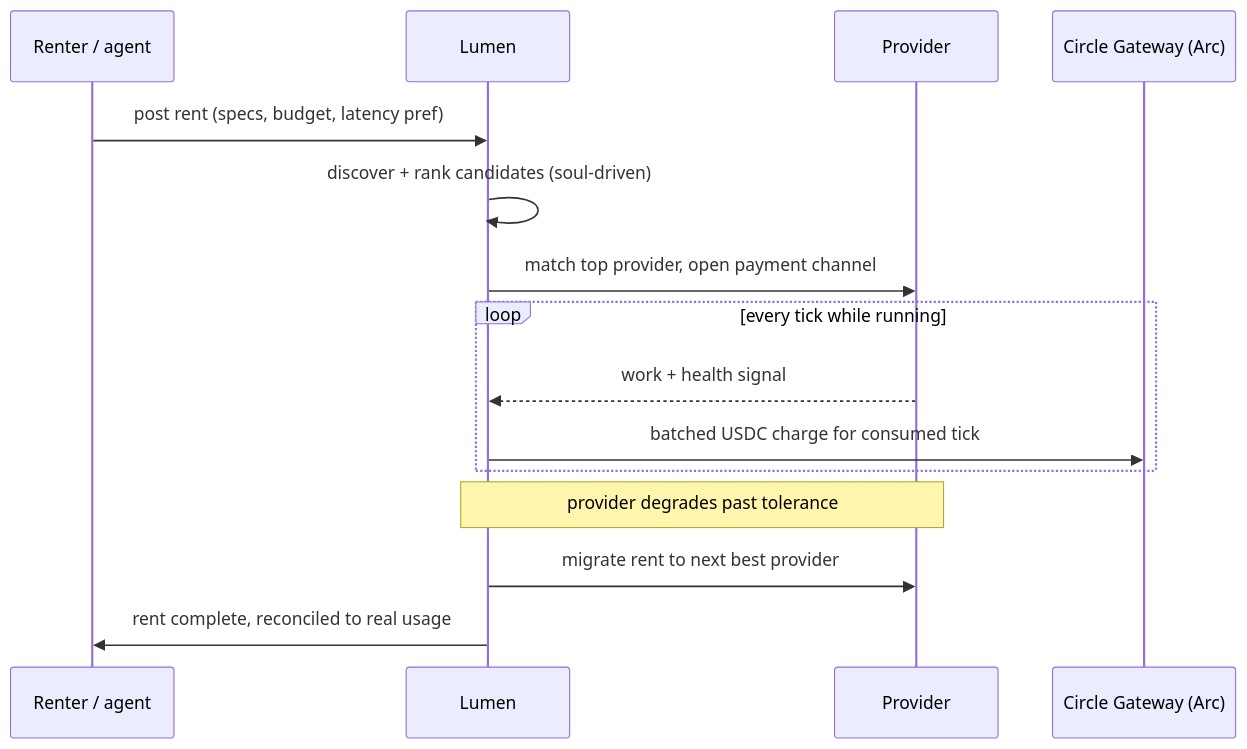
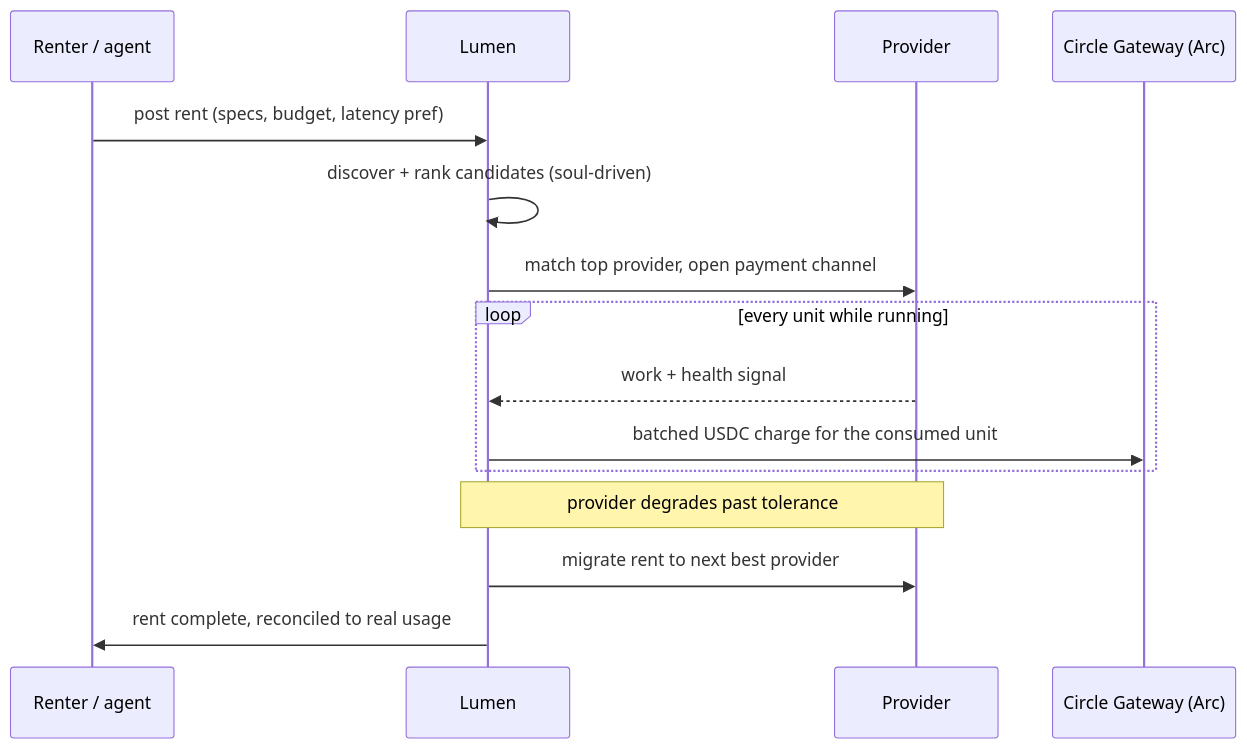
Before and after one commit to Jr-kenny/prime-compute: the second of 3 diagrams in README.md, drawn with Mermaid. The commit also changed other lines of this file, not shown here.

````diff
--- a/README.md
+++ b/README.md
@@ -44,17 +44,17 @@
 ```mermaid
 sequenceDiagram
   participant R as Renter / agent
   participant L as Lumen
   participant P as Provider
   participant G as Circle Gateway (Arc)
   R->>L: post rent (specs, budget, latency pref)
   L->>L: discover + rank candidates (soul-driven)
   L->>P: match top provider, open payment channel
-  loop every tick while running
+  loop every unit while running
     P-->>L: work + health signal
-    L->>G: batched USDC charge for consumed tick
+    L->>G: batched USDC charge for the consumed unit
   end
   Note over L,P: provider degrades past tolerance
   L->>P: migrate rent to next best provider
   L->>R: rent complete, reconciled to real usage
 ```
````
